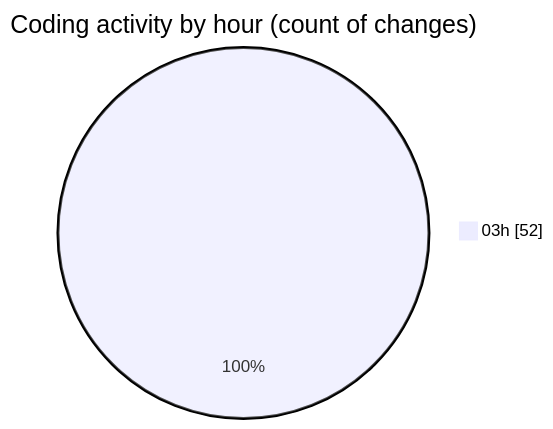
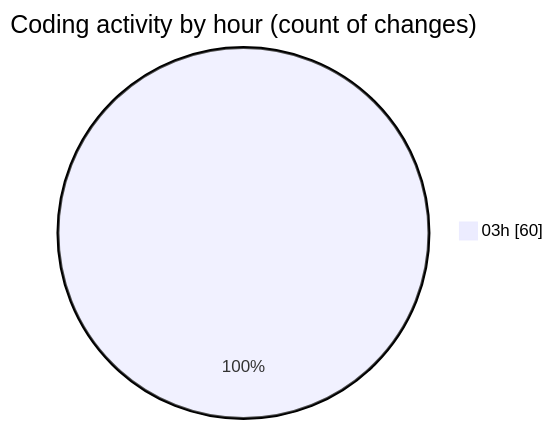
One commit to Ritupan-Deka/code-tracking changed the second of 2 diagrams in 2025-07-02/mern-thinkboard/README.md. Above: the diagram before and after it, drawn with Mermaid. The commit also changed other lines of this file and 1 other file, not shown here.

````diff
--- a/2025-07-02/mern-thinkboard/README.md
+++ b/2025-07-02/mern-thinkboard/README.md
@@ -30,5 +31,5 @@
 ```mermaid
 pie showData
 title Coding activity by hour (count of changes)
-"03h" : 52
+"03h" : 60
 ```
````
